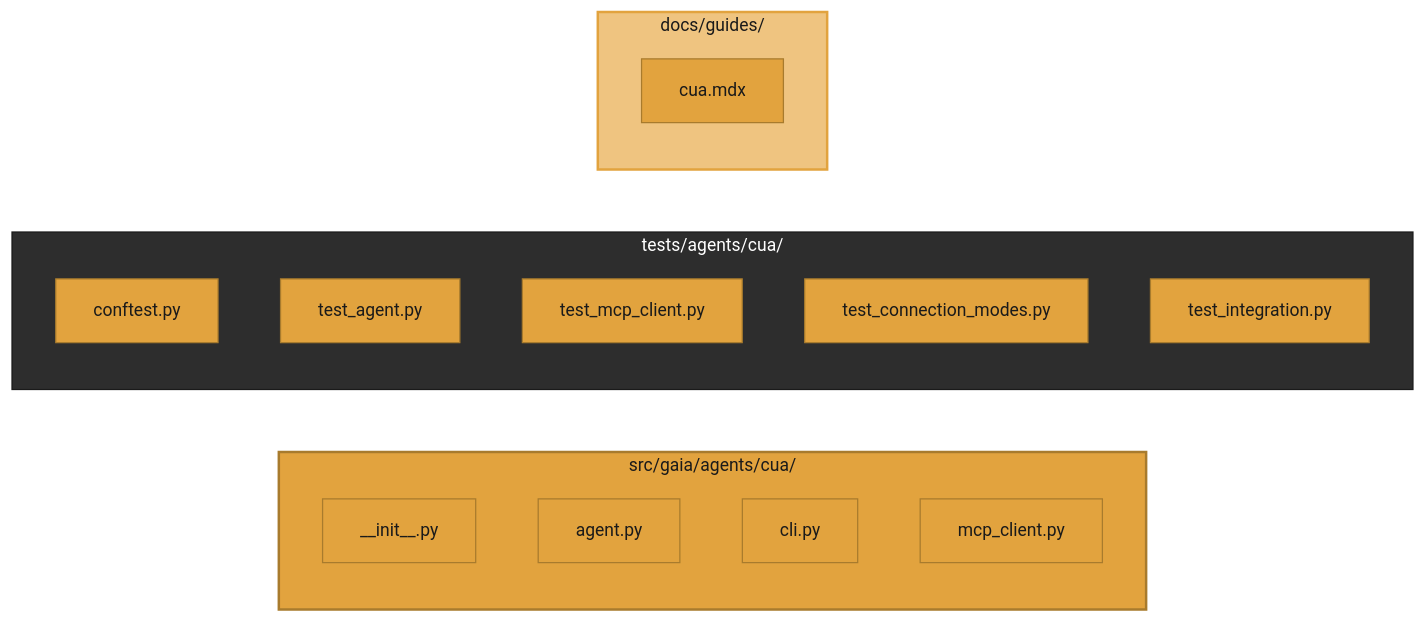
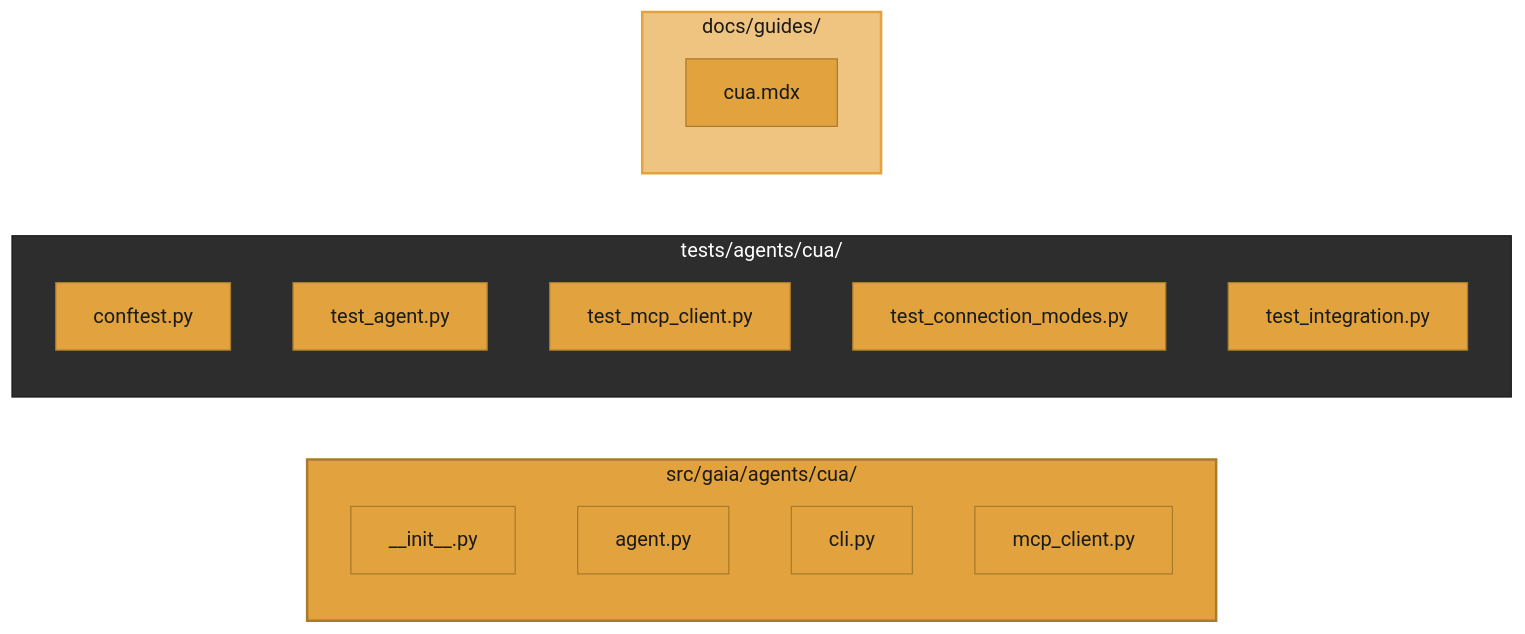
Before and after one commit to amd/gaia: the fourth of 4 diagrams in docs/plans/cua.mdx, drawn with Mermaid. The commit also changed other lines of this file and 20 other files, not shown here.

First line of the commit message:
docs: audit pass 4 — playbooks + roadmap/releases (dark-mode diagrams, links)

````diff
--- a/docs/plans/cua.mdx
+++ b/docs/plans/cua.mdx
@@ -293,26 +291,26 @@
 ```mermaid
-%%{init: {'theme':'base', 'themeVariables': { 'primaryColor':'#E2A33E', 'primaryTextColor':'#1a1a1a', 'primaryBorderColor':'#A87B2D', 'lineColor':'#EFC480', 'secondaryColor':'#2d2d2d', 'tertiaryColor':'#f5f5f5', 'fontSize':'14px', 'fontFamily': 'system-ui, -apple-system, sans-serif'}}}%%
+%%{init: {'theme':'base', 'themeVariables': { 'primaryColor':'#E2A33E', 'primaryTextColor':'#1a1a1a', 'primaryBorderColor':'#A87B2D', 'lineColor':'#A87B2D', 'edgeLabelBackground':'#ffffff', 'fontFamily':'system-ui, -apple-system, sans-serif'}}}%%
 graph LR
     subgraph Source["src/gaia/agents/cua/"]
         A1["__init__.py"]
         A2["agent.py"]
         A3["cli.py"]
         A4["mcp_client.py"]
     end
 
     subgraph Tests["tests/agents/cua/"]
         T1["conftest.py"]
         T2["test_agent.py"]
         T3["test_mcp_client.py"]
         T4["test_connection_modes.py"]
         T5["test_integration.py"]
     end
 
     subgraph Docs["docs/guides/"]
         D1["cua.mdx"]
     end
 
     style Source fill:#E2A33E,stroke:#A87B2D,stroke-width:2px,color:#1a1a1a
     style Tests fill:#2d2d2d,stroke:#1a1a1a,stroke-width:1px,color:#fff
     style Docs fill:#EFC480,stroke:#E2A33E,stroke-width:2px,color:#1a1a1a
 ```
````
